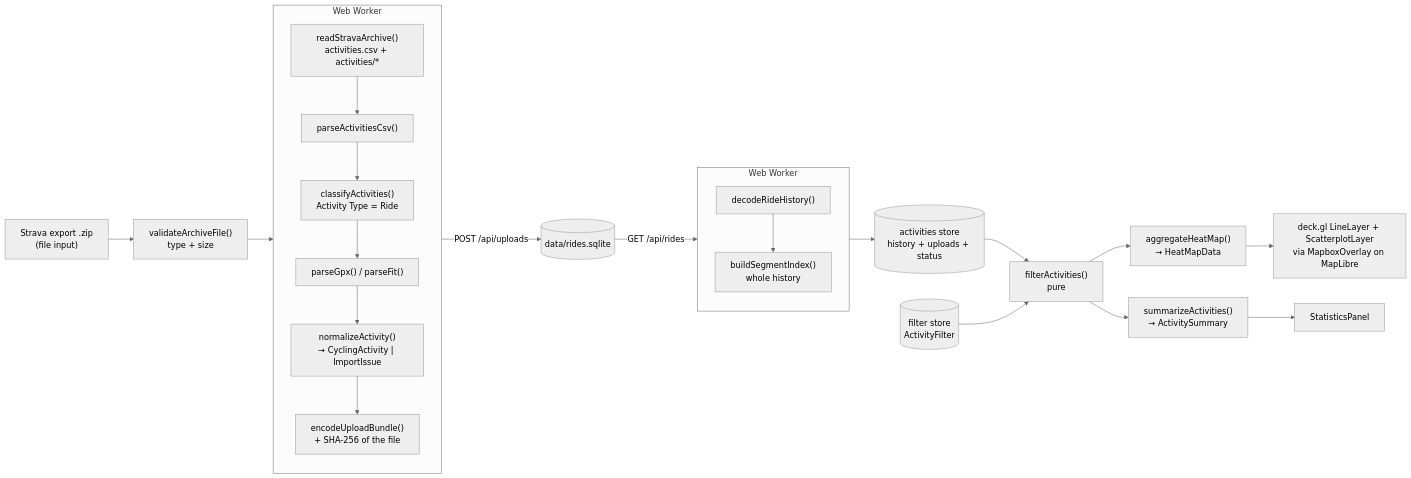
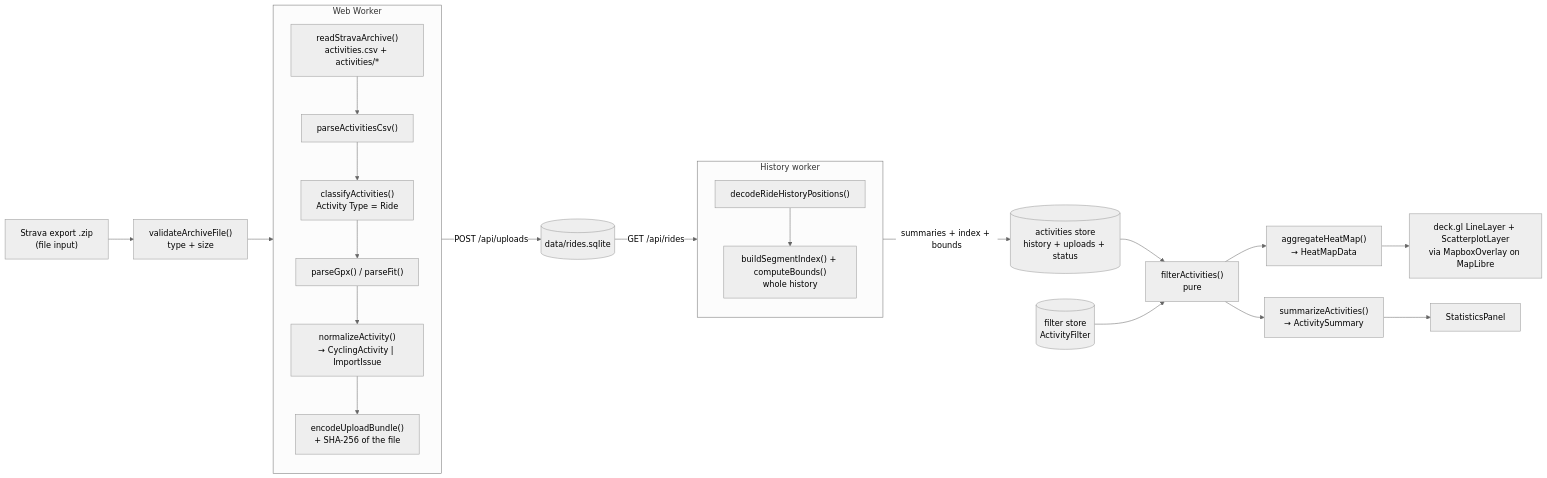
Before and after one commit to dilshandbg/pedal-paths: the second of 3 diagrams in docs/architecture.md, drawn with Mermaid (neutral theme). The commit also changed 39 other files, not shown here.

````diff
--- a/docs/architecture.md
+++ b/docs/architecture.md
@@ -116,24 +116,24 @@
 ```mermaid
 flowchart LR
     Z["Strava export .zip<br/>(file input)"] --> V["validateArchiveFile()<br/>type + size"]
     V --> W
     subgraph W["Web Worker"]
         R["readStravaArchive()<br/>activities.csv + activities/*"] --> C["parseActivitiesCsv()"]
         C --> K["classifyActivities()<br/>Activity Type = Ride"]
         K --> G["parseGpx() / parseFit()"]
         G --> N["normalizeActivity()<br/>→ CyclingActivity | ImportIssue"]
         N --> B["encodeUploadBundle()<br/>+ SHA-256 of the file"]
     end
     W -- "POST /api/uploads" --> DB[("data/rides.sqlite")]
     DB -- "GET /api/rides" --> R2
-    subgraph R2["Web Worker"]
-        D["decodeRideHistory()"] --> SEG["buildSegmentIndex()<br/>whole history"]
+    subgraph R2["History worker"]
+        D["decodeRideHistoryPositions()"] --> SEG["buildSegmentIndex() + computeBounds()<br/>whole history"]
     end
-    R2 --> S[("activities store<br/>history + uploads + status")]
+    R2 -- "summaries + index + bounds" --> S[("activities store<br/>history + uploads + status")]
     S --> FL["filterActivities()<br/>pure"]
     FS[("filter store<br/>ActivityFilter")] --> FL
     FL --> H["aggregateHeatMap()<br/>→ HeatMapData"]
     FL --> ST["summarizeActivities()<br/>→ ActivitySummary"]
     H --> L["deck.gl LineLayer + ScatterplotLayer<br/>via MapboxOverlay on MapLibre"]
     ST --> SP["StatisticsPanel"]
 ```
````
